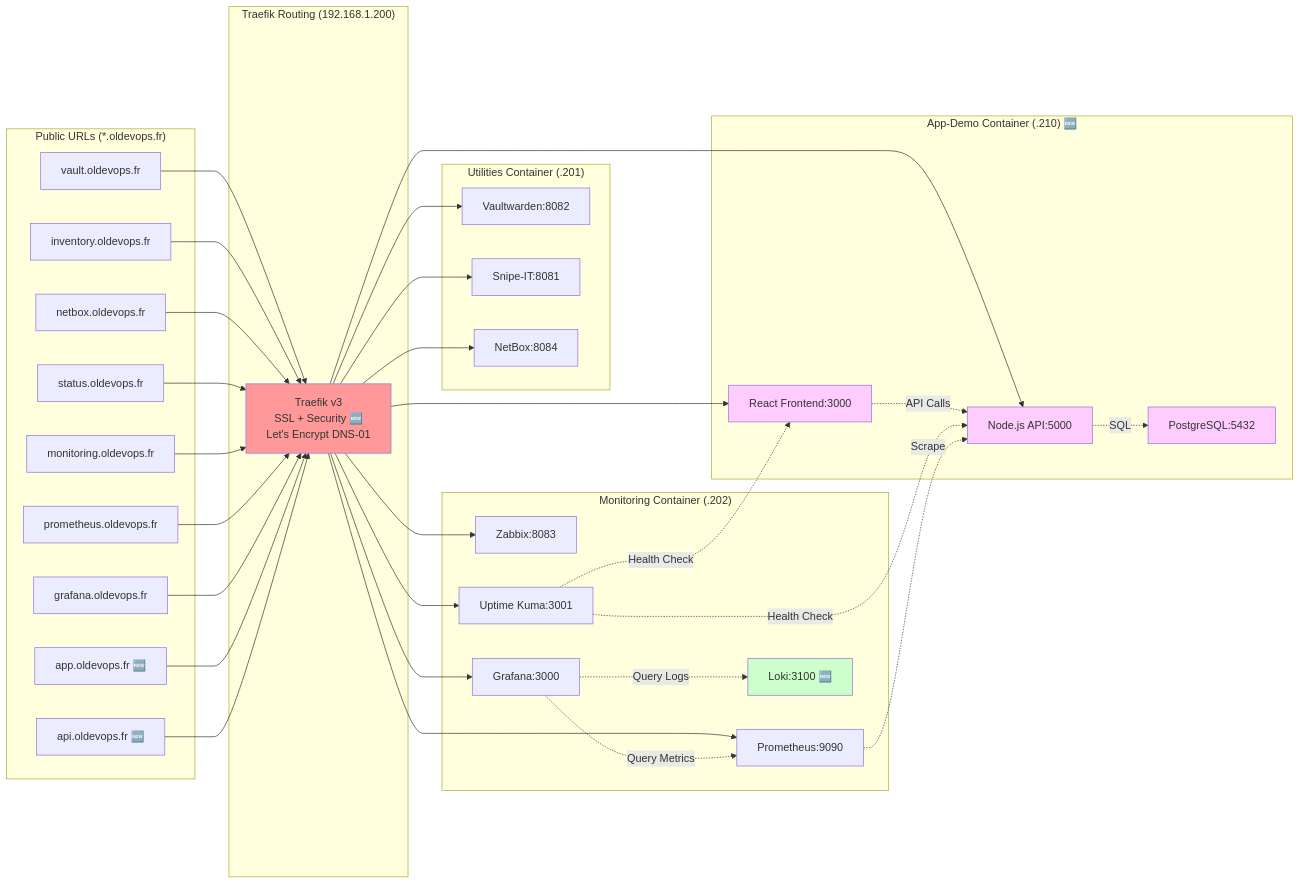
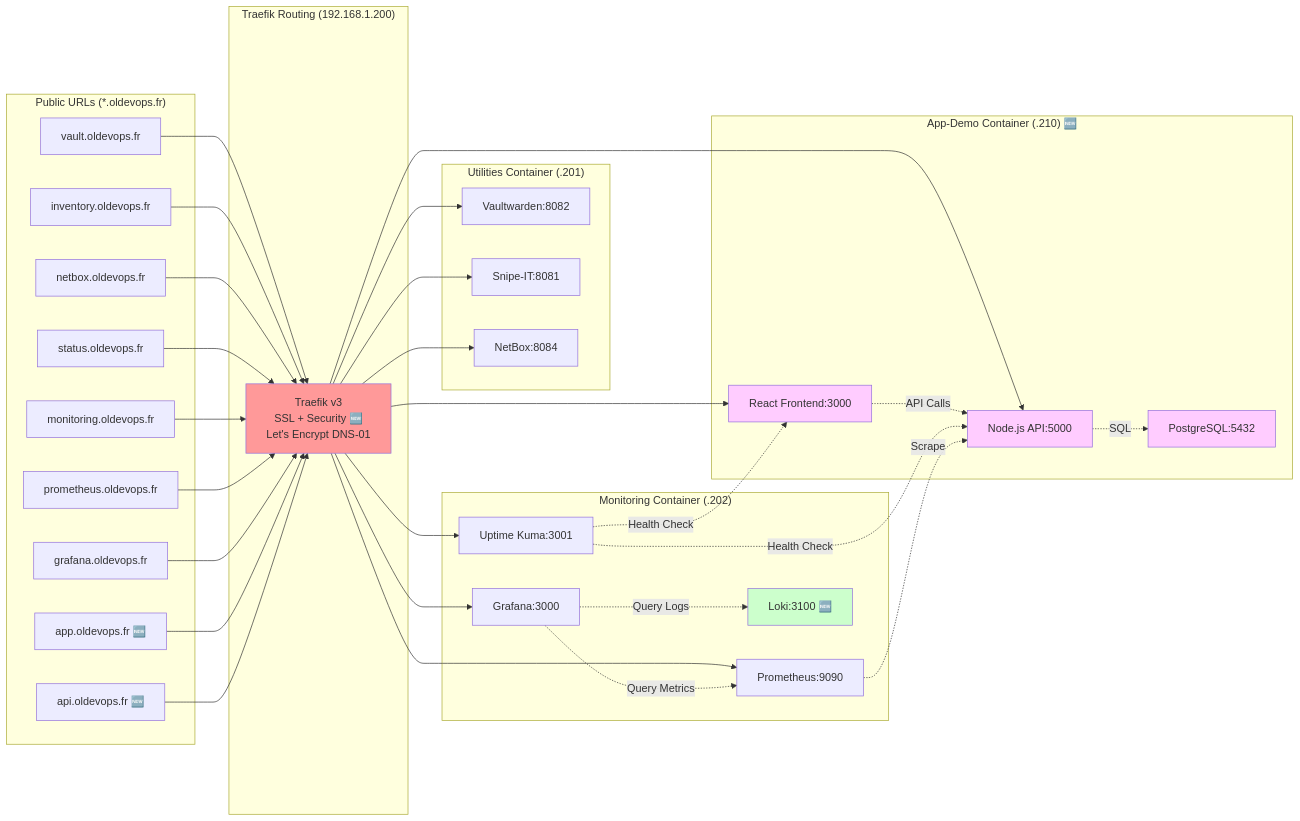
The fourth of 10 diagrams in docs/architecture/architecture-diagrams.md (HibOOps/infra-oldevops), drawn with Mermaid before and after one commit. The commit also changed other lines of this file and 39 other files, not shown here.

````diff
--- a/docs/architecture/architecture-diagrams.md
+++ b/docs/architecture/architecture-diagrams.md
@@ -263,73 +255,71 @@
 ```mermaid
 graph LR
     subgraph "Public URLs (*.oldevops.fr)"
         V[vault.oldevops.fr]
         I[inventory.oldevops.fr]
         N[netbox.oldevops.fr]
         S[status.oldevops.fr]
         M[monitoring.oldevops.fr]
         P[prometheus.oldevops.fr]
         G[grafana.oldevops.fr]
         A[app.oldevops.fr 🆕]
         API[api.oldevops.fr 🆕]
     end
 
     subgraph "Traefik Routing (192.168.1.200)"
         TR[Traefik v3<br/>SSL + Security 🆕<br/>Let's Encrypt DNS-01]
     end
 
     subgraph "Utilities Container (.201)"
         VW[Vaultwarden:8082]
         SI[Snipe-IT:8081]
         NB[NetBox:8084]
     end
 
     subgraph "Monitoring Container (.202)"
-        ZB[Zabbix:8083]
         UK[Uptime Kuma:3001]
         PM[Prometheus:9090]
         GF[Grafana:3000]
         LK[Loki:3100 🆕]
     end
 
     subgraph "App-Demo Container (.210) 🆕"
         FE[React Frontend:3000]
         BE[Node.js API:5000]
         DB[PostgreSQL:5432]
     end
 
     V --> TR
     I --> TR
     N --> TR
     S --> TR
     M --> TR
     P --> TR
     G --> TR
     A --> TR
     API --> TR
 
     TR --> VW
     TR --> SI
     TR --> NB
-    TR --> ZB
     TR --> UK
     TR --> PM
     TR --> GF
     TR --> FE
     TR --> BE
 
     FE -.->|API Calls| BE
     BE -.->|SQL| DB
 
     GF -.->|Query Metrics| PM
     GF -.->|Query Logs| LK
     UK -.->|Health Check| FE
     UK -.->|Health Check| BE
     PM -.->|Scrape| BE
 
     style TR fill:#ff9999
     style FE fill:#ffccff
     style BE fill:#ffccff
     style DB fill:#ffccff
     style LK fill:#ccffcc
 ```
````
